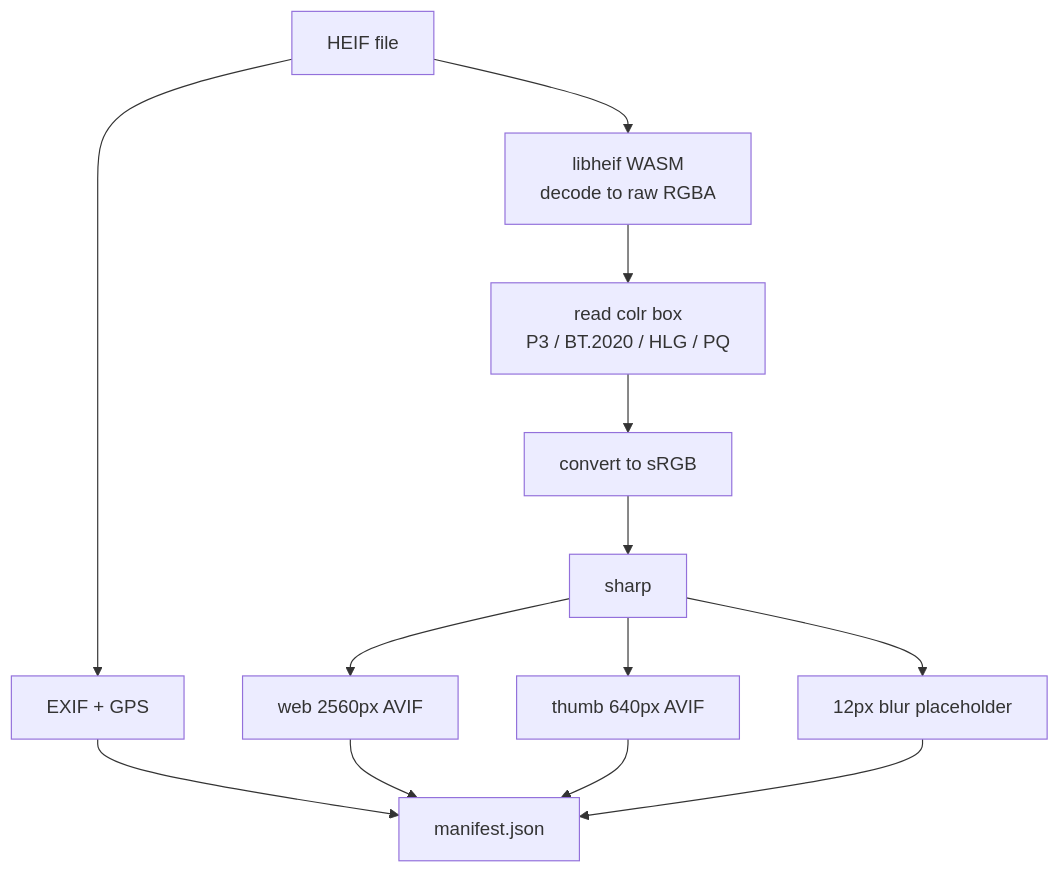
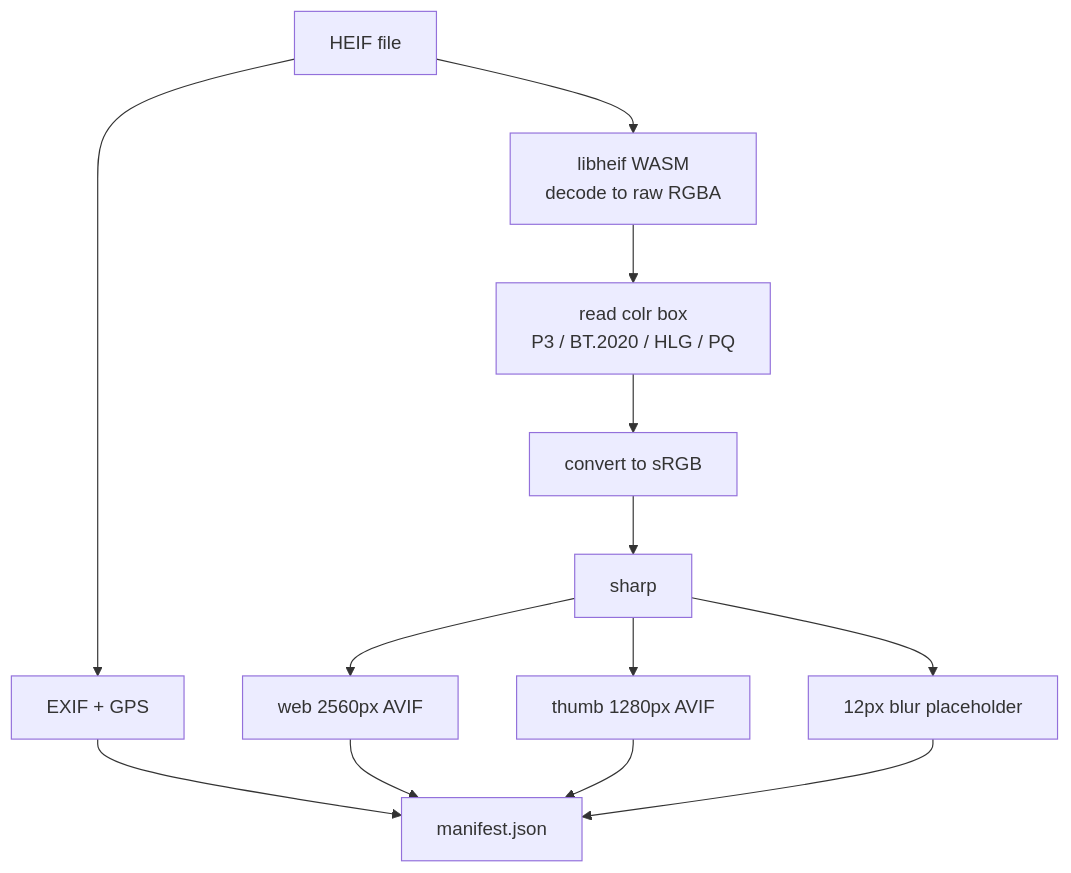
One commit to AndyUneducated/photos changed the second of 3 diagrams in README.md. Above: the diagram before and after it, drawn with Mermaid. The commit also changed other lines of this file and 10 other files, not shown here.

````diff
--- a/README.md
+++ b/README.md
@@ -43,15 +43,15 @@
 ```mermaid
 flowchart TD
     A["HEIF file"] --> B["libheif WASM<br/>decode to raw RGBA"]
     B --> C["read colr box<br/>P3 / BT.2020 / HLG / PQ"]
     C --> D["convert to sRGB"]
     D --> E["sharp"]
     E --> F["web 2560px AVIF"]
-    E --> G["thumb 640px AVIF"]
+    E --> G["thumb 1280px AVIF"]
     E --> H["12px blur placeholder"]
     A --> I["EXIF + GPS"]
     I --> J["manifest.json"]
     F --> J
     G --> J
     H --> J
 ```
````
